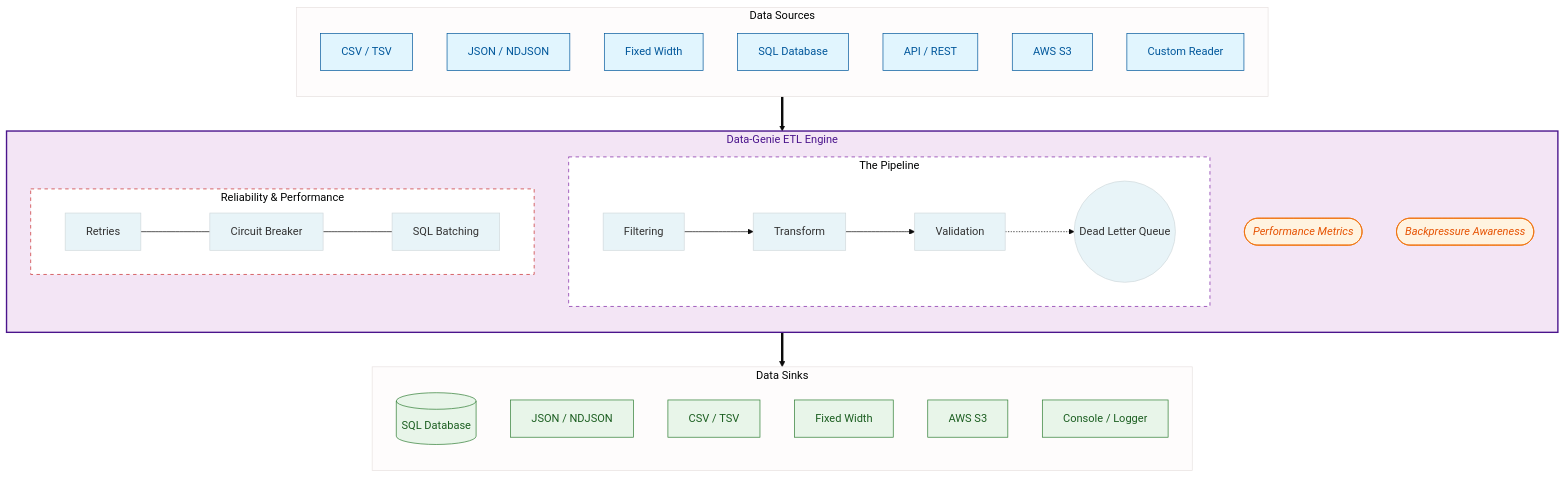
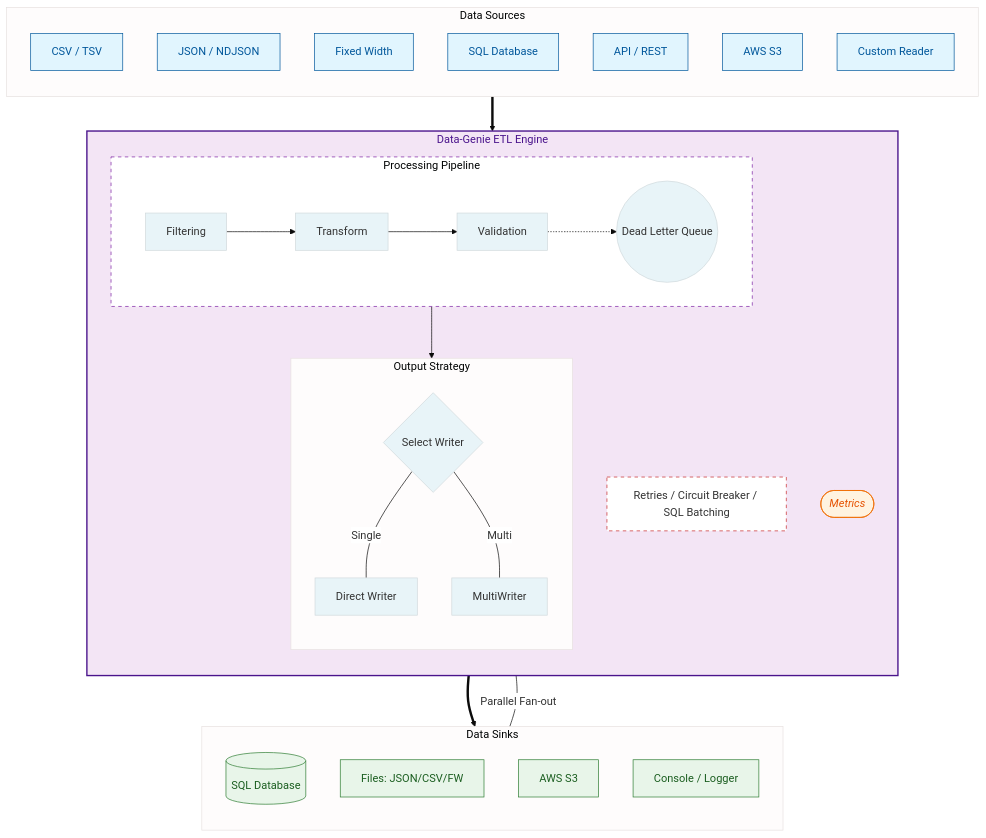
One commit to pujansrt/data-genie changed the diagram in README.md. Above: the diagram before and after it, drawn with Mermaid. The commit also changed other lines of this file and 3 other files, not shown here.

````diff
--- a/README.md
+++ b/README.md
@@ -12,65 +12,65 @@
 ```mermaid
 %%{init: { 'theme': 'base', 'themeVariables': { 'primaryColor': '#E8F4F8', 'actorBkg': '#D2E4F9', 'edgeLabelBackground':'#ffffff', 'noteBkgColor': '#FDF2D4', 'noteBorderColor': '#F1C40F'}}}%%
 
 graph TD
     %% Data Sources
     subgraph Inputs [Data Sources]
         direction TB
         I1[CSV / TSV]
         I2[JSON / NDJSON]
         I3[Fixed Width]
         I4[SQL Database]
         I5[API / REST]
         I6[AWS S3]
         I7[Custom Reader]
     end
 
     %% The Engine Core
     subgraph Core [Data-Genie ETL Engine]
         direction TB
         
-        subgraph Pipeline [The Pipeline]
+        subgraph Pipeline [Processing Pipeline]
             direction LR
             F[Filtering] --> T[Transform]
             T --> V[Validation]
             V -.-> DLQ((Dead Letter Queue))
         end
 
-        subgraph Reliability [Reliability & Performance]
-            direction LR
-            R[Retries] --- C[Circuit Breaker]
-            C --- B[SQL Batching]
+        subgraph OutputDist [Output Strategy]
+            direction TB
+            V --> Choice{Select Writer}
+            Choice -- Single --- DW[Direct Writer]
+            Choice -- Multi --- MW[MultiWriter]
         end
 
-        Metrics([Performance Metrics])
-        BP([Backpressure Awareness])
+        Reliability[Retries / Circuit Breaker / SQL Batching]
+        Metrics([Metrics])
     end
 
     %% Data Sinks
     subgraph Outputs [Data Sinks]
         direction TB
         O1[(SQL Database)]
-        O2[JSON / NDJSON]
-        O3[CSV / TSV]
-        O4[Fixed Width]
-        O5[AWS S3]
-        O6[Console / Logger]
+        O2[Files: JSON/CSV/FW]
+        O3[AWS S3]
+        O4[Console / Logger]
     end
 
     %% Main Flow
     Inputs ==> Core
-    Core ==> Outputs
+    DW ==> Outputs
+    MW -- Parallel Fan-out --- Outputs
 
     %% Color Theme & Styling
     style Core fill:#f3e5f5,stroke:#4a148c,stroke-width:2px,color:#4a148c
     style Pipeline fill:#ffffff,stroke:#7b1fa2,stroke-dasharray: 5 5
     style Reliability fill:#ffffff,stroke:#c62828,stroke-dasharray: 5 5
     
     classDef source fill:#e1f5fe,stroke:#01579b,color:#01579b
     classDef sink fill:#e8f5e9,stroke:#2e7d32,color:#1b5e20
     classDef feature fill:#fff3e0,stroke:#ef6c00,color:#e65100,font-style:italic
     
     class I1,I2,I3,I4,I5,I6,I7 source
     class O1,O2,O3,O4,O5,O6 sink
     class Metrics,BP feature
 ```
````
